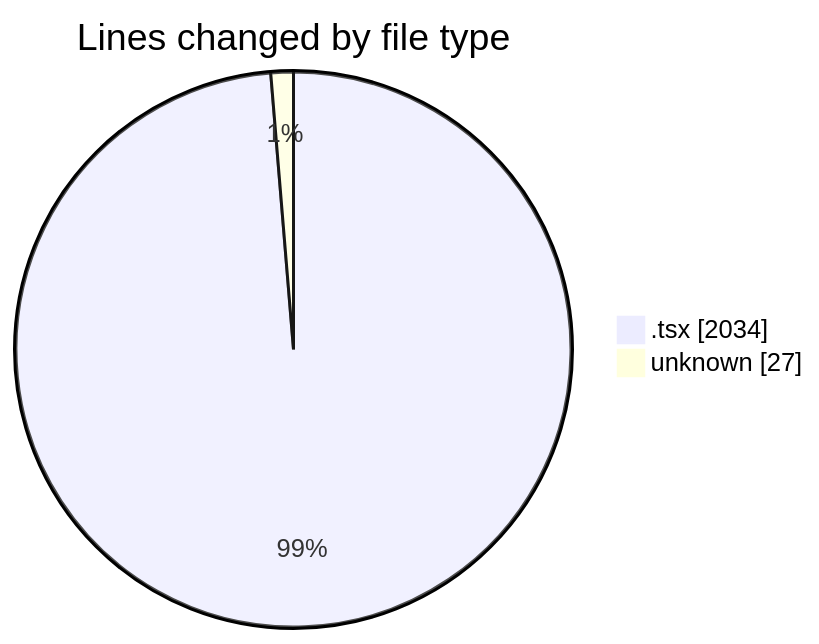
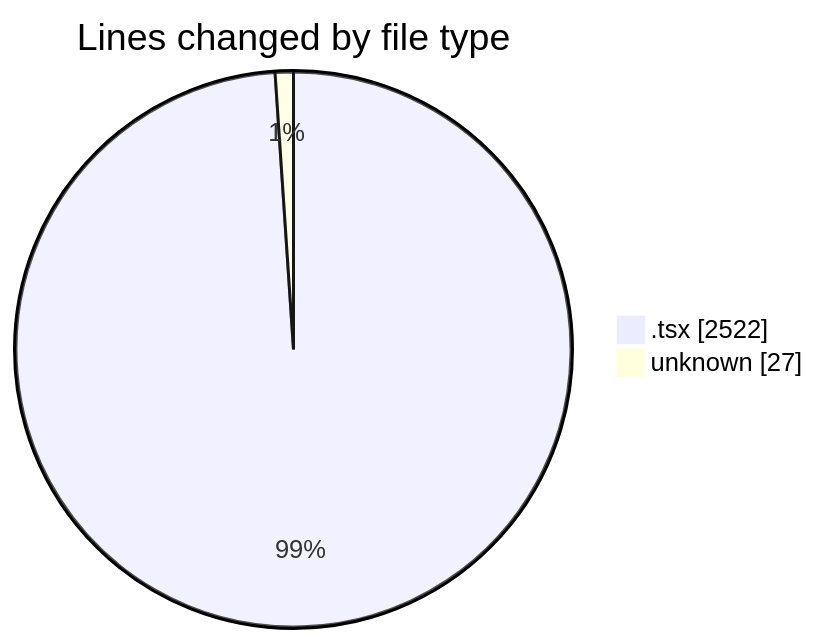
One commit to JenPaints/code-tracking changed the first of 2 diagrams in 2025-05-29/kimberly-groups/README.md. Above: the diagram before and after it, drawn with Mermaid. The commit also changed other lines of this file and 1 other file, not shown here.

````diff
--- a/2025-05-29/kimberly-groups/README.md
+++ b/2025-05-29/kimberly-groups/README.md
@@ -27,6 +27,6 @@
 ```mermaid
 pie showData
 title Lines changed by file type
-".tsx" : 2034
+".tsx" : 2522
 "unknown" : 27
 ```
````
